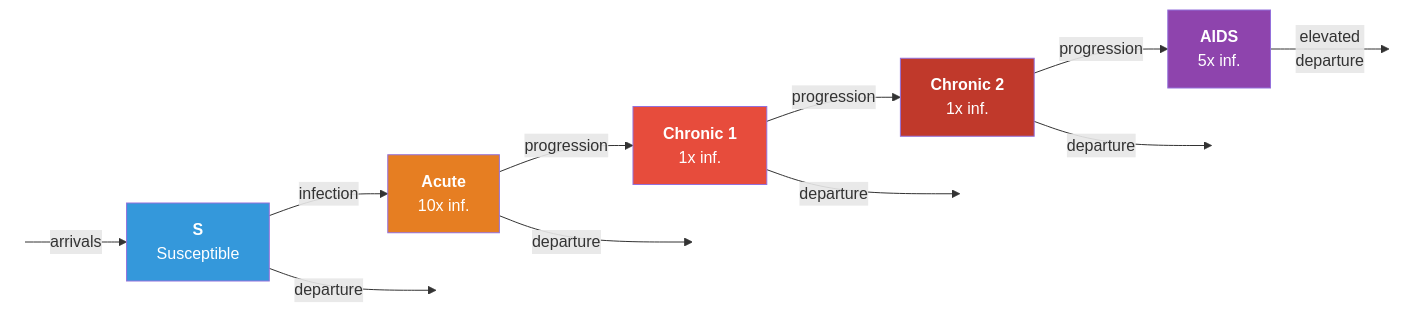
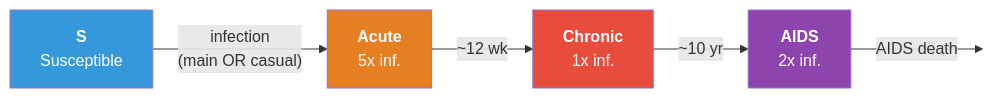
The first of 2 diagrams in examples/hiv/index.qmd (EpiModel/EpiModel-Gallery), drawn with Mermaid before and after one commit. The commit also changed other lines of this file and 8 other files, not shown here.

````diff
--- a/examples/hiv/index.qmd
+++ b/examples/hiv/index.qmd
@@ -39,26 +60,14 @@
 ```{mermaid}
 %%| echo: false
 flowchart LR
-    in(( )) -->|"arrivals"| S
-    S["<b>S</b><br/>Susceptible"] -->|"infection"| I1["<b>Acute</b><br/>10x inf."]
-    I1 -->|"progression"| I2["<b>Chronic 1</b><br/>1x inf."]
-    I2 -->|"progression"| I3["<b>Chronic 2</b><br/>1x inf."]
-    I3 -->|"progression"| I4["<b>AIDS</b><br/>5x inf."]
-    S -->|"departure"| out1(( ))
-    I1 -->|"departure"| out2(( ))
-    I2 -->|"departure"| out3(( ))
-    I3 -->|"departure"| out4(( ))
-    I4 -->|"elevated<br/>departure"| out5(( ))
+    S["<b>S</b><br/>Susceptible"] -->|"infection<br/>(main OR casual)"| A
+    A["<b>Acute</b><br/>5x inf."] -->|"~12 wk"| C
+    C["<b>Chronic</b><br/>1x inf."] -->|"~10 yr"| D["<b>AIDS</b><br/>2x inf."]
+    D -->|"AIDS death"| out(( ))
 
     style S fill:#3498db,color:#fff
-    style I1 fill:#e67e22,color:#fff
-    style I2 fill:#e74c3c,color:#fff
-    style I3 fill:#c0392b,color:#fff
-    style I4 fill:#8e44ad,color:#fff
-    style in fill:none,stroke:none
-    style out1 fill:none,stroke:none
-    style out2 fill:none,stroke:none
-    style out3 fill:none,stroke:none
-    style out4 fill:none,stroke:none
-    style out5 fill:none,stroke:none
+    style A fill:#e67e22,color:#fff
+    style C fill:#e74c3c,color:#fff
+    style D fill:#8e44ad,color:#fff
+    style out fill:none,stroke:none
 ```
````
